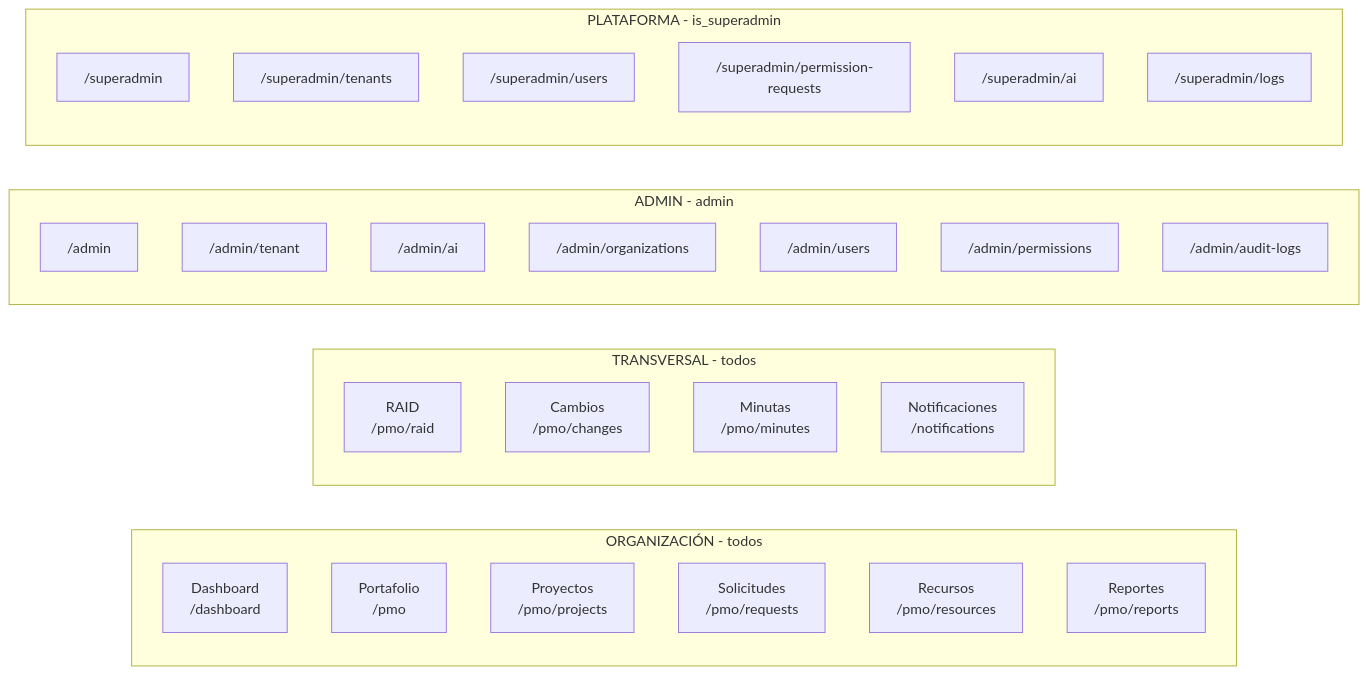
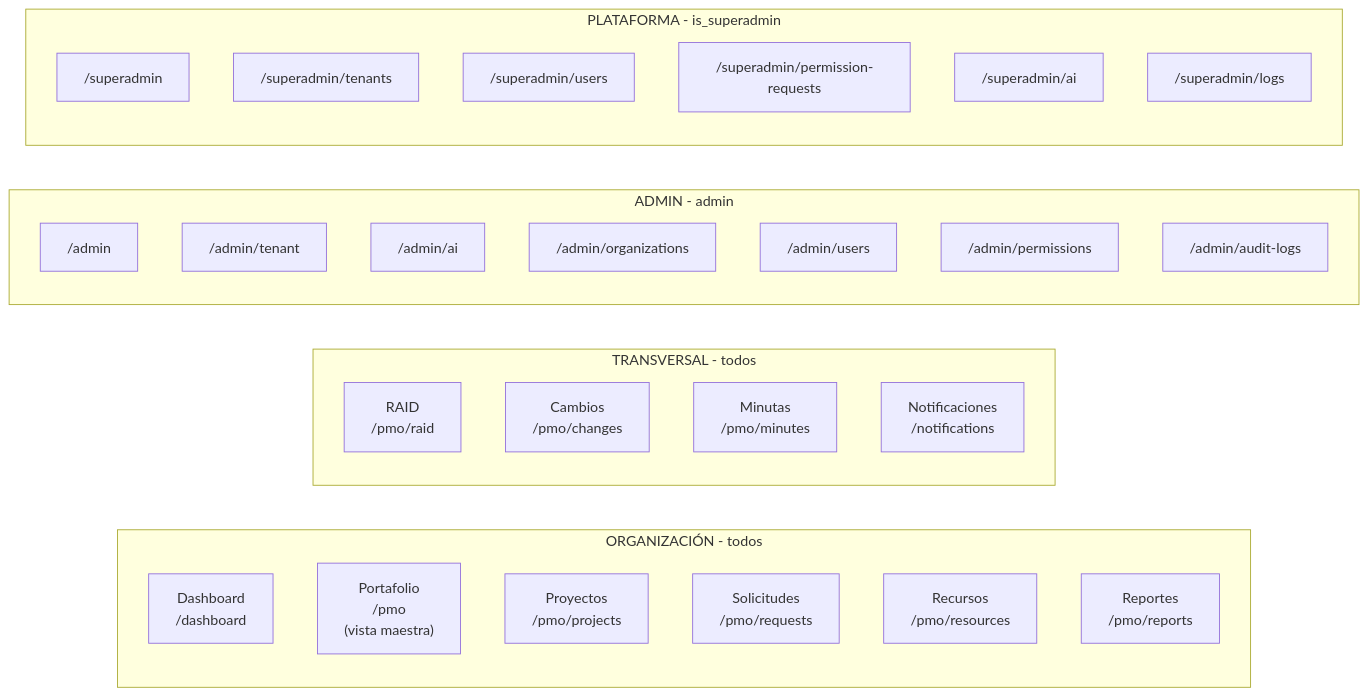
Before and after one commit to xguilxr/pmo_aas: the second of 8 diagrams in docs/architecture/navigation.md, drawn with Mermaid. The commit also changed other lines of this file and 10 other files, not shown here.

First line of the commit message:
feat(dashboard): US-207 — la vista maestra del portafolio en /pmo

````diff
--- a/docs/architecture/navigation.md
+++ b/docs/architecture/navigation.md
@@ -184,37 +184,37 @@
 ```mermaid
 flowchart LR
     subgraph ORG ["ORGANIZACIÓN - todos"]
         N1["Dashboard<br/>/dashboard"]
-        N2["Portafolio<br/>/pmo"]
+        N2["Portafolio<br/>/pmo<br/>(vista maestra)"]
         N3["Proyectos<br/>/pmo/projects"]
         N4["Solicitudes<br/>/pmo/requests"]
         N5["Recursos<br/>/pmo/resources"]
         N6["Reportes<br/>/pmo/reports"]
     end
 
     subgraph TRANS ["TRANSVERSAL - todos"]
         T1["RAID<br/>/pmo/raid"]
         T2["Cambios<br/>/pmo/changes"]
         T3["Minutas<br/>/pmo/minutes"]
         T4["Notificaciones<br/>/notifications"]
     end
 
     subgraph ADMIN_NAV ["ADMIN - admin"]
         A0["/admin"]
         A1["/admin/tenant"]
         A2["/admin/ai"]
         A3["/admin/organizations"]
         A4["/admin/users"]
         A5["/admin/permissions"]
         A6["/admin/audit-logs"]
     end
 
     subgraph SUPER_NAV ["PLATAFORMA - is_superadmin"]
         S1["/superadmin"]
         S2["/superadmin/tenants"]
         S3["/superadmin/users"]
         S4["/superadmin/permission-requests"]
         S5["/superadmin/ai"]
         S6["/superadmin/logs"]
     end
 ```
````
